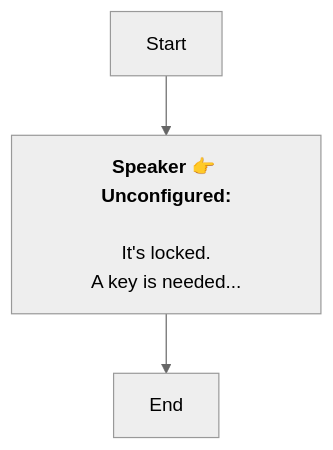
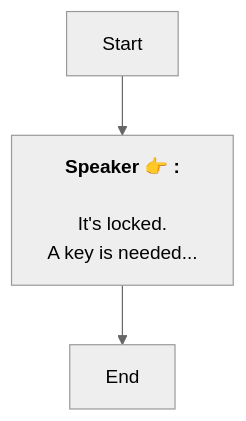
The diagram in En/RommCommon.md (SoftHu/tos_avg), drawn with Mermaid (neutral theme) before and after one commit. The commit also changed 737 other files, not shown here.

````diff
--- a/En/RommCommon.md
+++ b/En/RommCommon.md
@@ -1,9 +1,8 @@
 ```mermaid
 graph
-Start -->1730832777017438[<b>Speaker 👉 Unconfigured:</b>
-
-It's locked.
+Start -->1730832777017438[<b>Speaker 👉 :</b>
+\nIt's locked.
 A key is needed...]
 1730832777017438 -->1730832796120159[End]
 
- ```
+```
````
